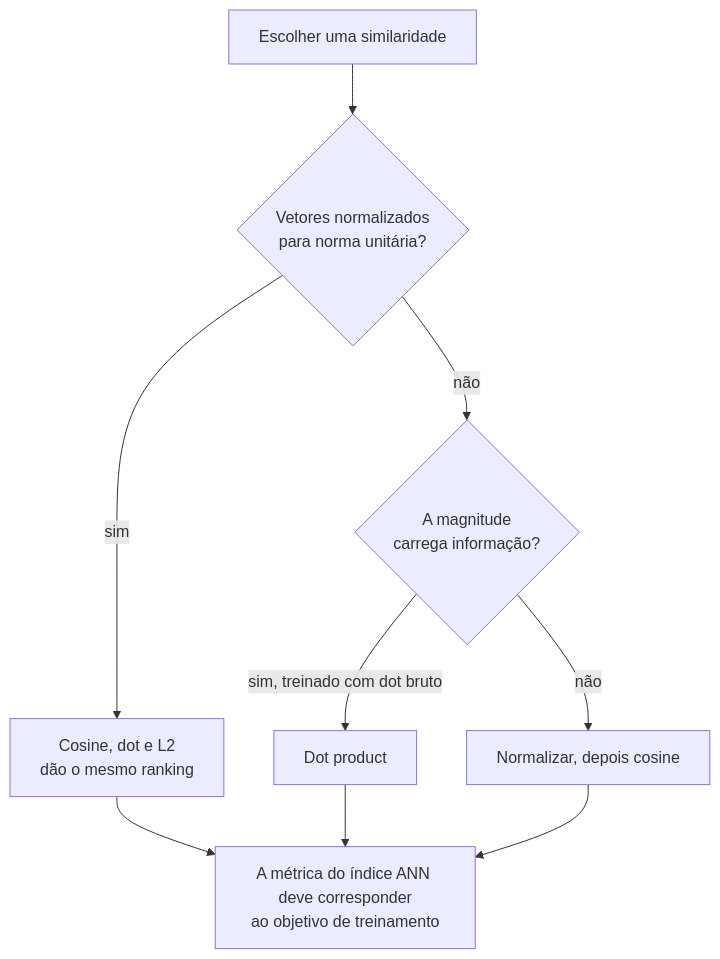
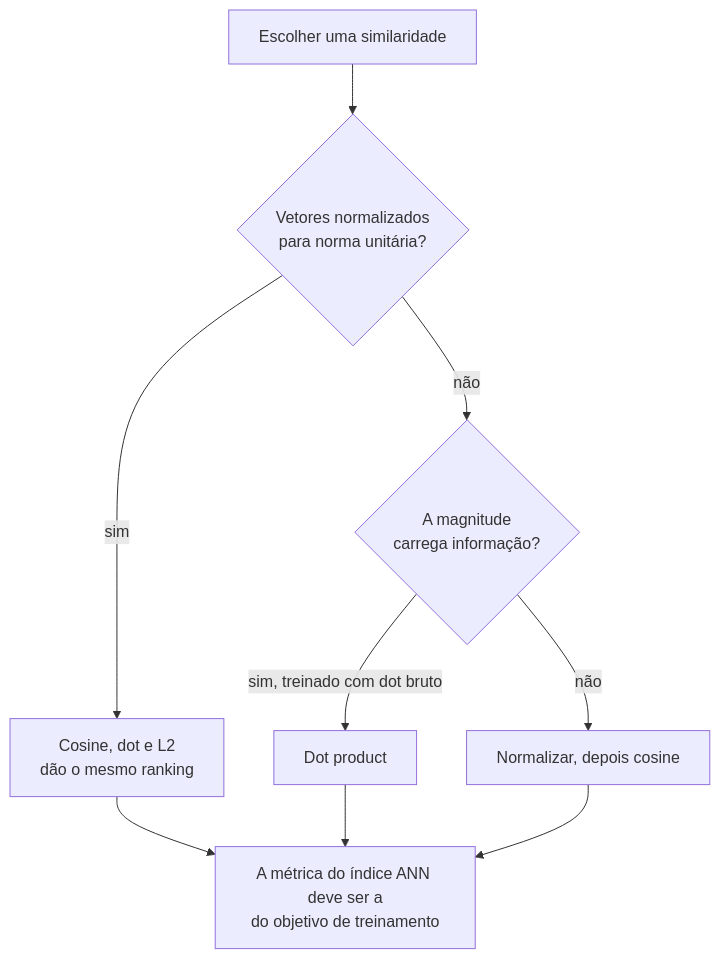
One commit to andrevberaldo/AI-Engineer-Interview-Questions changed the fifth of 27 diagrams in 01-ml-and-dl-foundations/questions.pt-BR.md. Above: the diagram before and after it, drawn with Mermaid. The commit also changed other lines of this file, not shown here.

````diff
--- a/01-ml-and-dl-foundations/questions.pt-BR.md
+++ b/01-ml-and-dl-foundations/questions.pt-BR.md
@@ -242,11 +242,11 @@
 ```mermaid
 flowchart TD
     A["Escolher uma similaridade"] --> B{"Vetores normalizados<br/>para norma unitária?"}
     B -->|"sim"| C["Cosine, dot e L2<br/>dão o mesmo ranking"]
     B -->|"não"| D{"A magnitude<br/>carrega informação?"}
     D -->|"sim, treinado com dot bruto"| E["Dot product"]
     D -->|"não"| F["Normalizar, depois cosine"]
-    C --> G["A métrica do índice ANN deve corresponder<br/>ao objetivo de treinamento"]
+    C --> G["A métrica do índice ANN deve ser a<br/>do objetivo de treinamento"]
     E --> G
     F --> G
 ```
````
